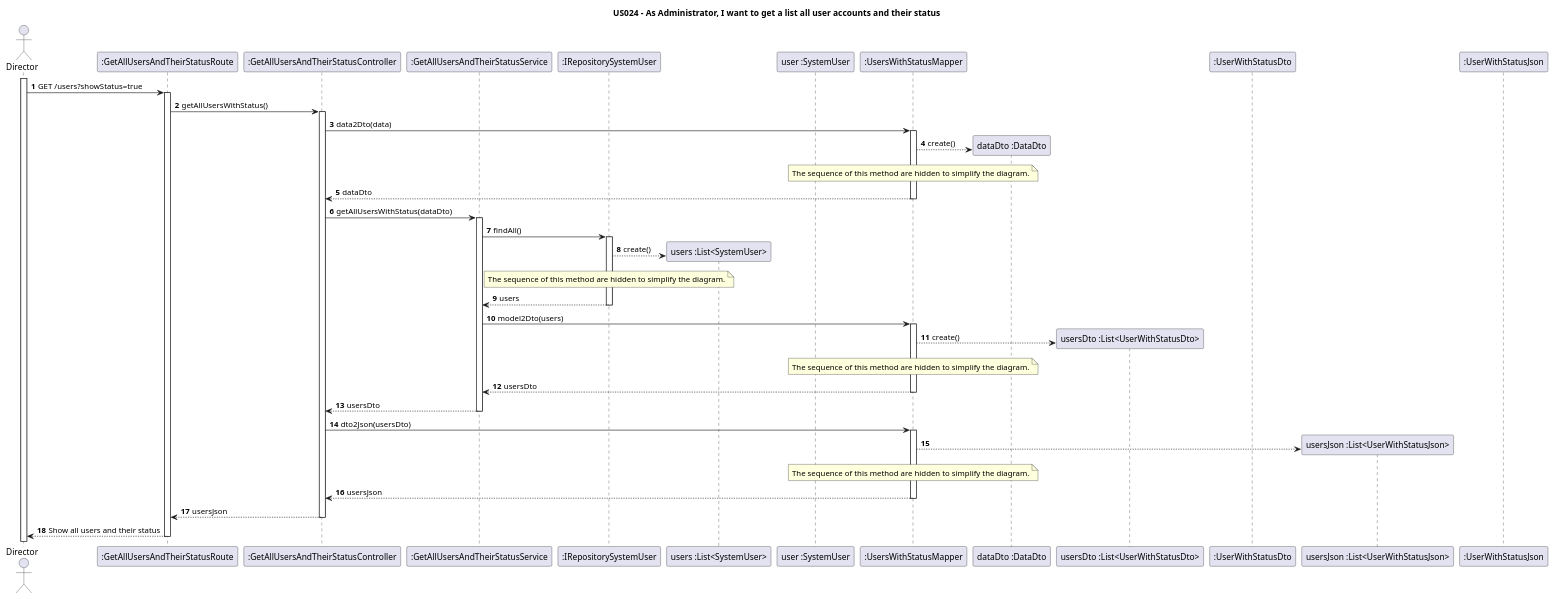
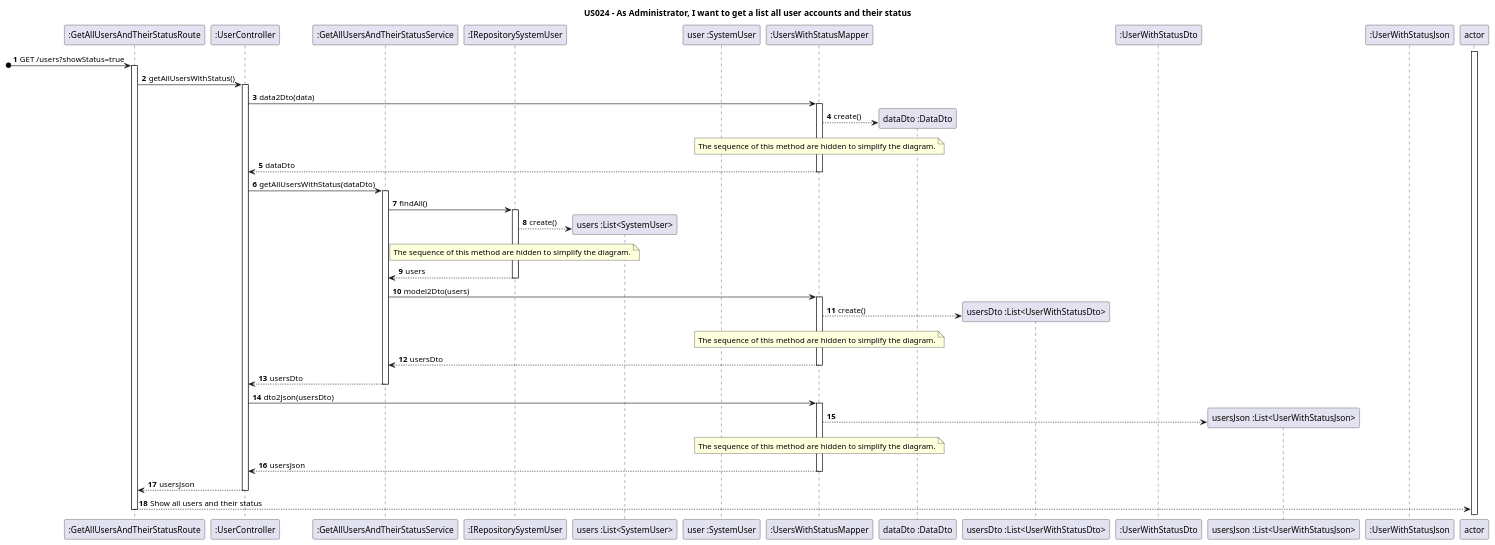
Before and after one commit to nunogon1211787/projectManagement: the diagram in docs/Sprint3/US024/US024-SD.puml, drawn with PlantUML. The commit also changed 4 other files, not shown here.

Commit message:
Integration test in UserProfile class + Unity test in UserController (close #288)

```diff
--- a/docs/Sprint3/US024/US024-SD.puml
+++ b/docs/Sprint3/US024/US024-SD.puml
@@ -1,50 +1,50 @@
 @startuml
 'https://plantuml.com/sequence-diagram
 
 title US024 - As Administrator, I want to get a list all user accounts and their status
 
 autoactivate on
 autonumber
 
-actor "Director" as actor
+
 participant ":GetAllUsersAndTheirStatusRoute" as route
-participant ":GetAllUsersAndTheirStatusController" as ctrl
+participant ":UserController" as ctrl
 participant ":GetAllUsersAndTheirStatusService" as srv
 participant ":IRepositorySystemUser" as repo
 participant "users :List<SystemUser>" as list
 participant "user :SystemUser" as user
 participant ":UsersWithStatusMapper" as map
 participant "dataDto :DataDto" as dataDto
 participant "usersDto :List<UserWithStatusDto>" as dtoList
 participant ":UserWithStatusDto" as dto
 participant "usersJson :List<UserWithStatusJson>" as jsonList
 participant ":UserWithStatusJson" as json
 
 activate actor
 autoactivate on
 
-actor -> route : GET /users?showStatus=true
+[o-> route : GET /users?showStatus=true
 route -> ctrl : getAllUsersWithStatus()
 ctrl -> map: data2Dto(data)
 map --> dataDto**: create()
 note over map : The sequence of this method are hidden to simplify the diagram.
 map --> ctrl: dataDto
 ctrl -> srv : getAllUsersWithStatus(dataDto)
 srv -> repo: findAll()
 repo --> list** : create()
 note over repo : The sequence of this method are hidden to simplify the diagram.
 repo --> srv : users
 srv -> map : model2Dto(users)
 map --> dtoList** : create()
 note over map : The sequence of this method are hidden to simplify the diagram.
 map --> srv : usersDto
 srv --> ctrl : usersDto
 ctrl -> map : dto2Json(usersDto)
 map --> jsonList**
 note over map : The sequence of this method are hidden to simplify the diagram.
 map --> ctrl : usersJson
 ctrl --> route : usersJson
 route --> actor : Show all users and their status
 
 
 @enduml
```
